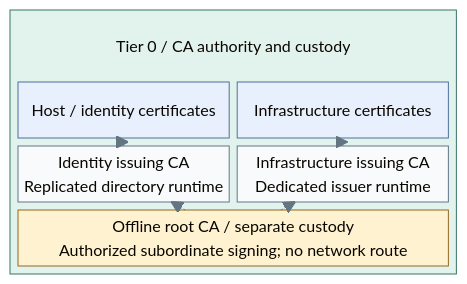
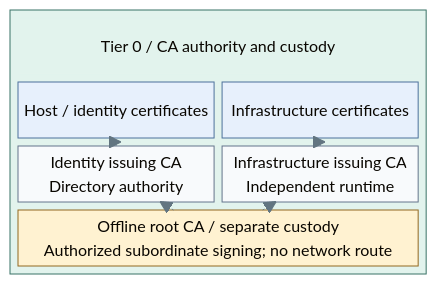
One commit to Rexus/homelab changed the first of 3 diagrams in docs/01-architecture/08-cryptography/01-certificate-authority.md. Above: the diagram before and after it, drawn with Mermaid. The commit also changed other lines of this file and 279 other files, not shown here.

````diff
--- a/docs/01-architecture/08-cryptography/01-certificate-authority.md
+++ b/docs/01-architecture/08-cryptography/01-certificate-authority.md
@@ -28,27 +14,27 @@
 ```mermaid
 %%{init: {"theme":"base","flowchart":{"nodeSpacing":20,"rankSpacing":24,"padding":12,"subGraphTitleMargin":{"top":4,"bottom":12}},"themeVariables":{"lineColor":"#627581","edgeLabelBackground":"#f8fafc"}}}%%
 block-beta
   columns 1
   block:T0
     columns 2
     T0Title["Tier 0 / CA authority and custody"]:2
     Hosts["Host / identity certificates"]
     Services["Infrastructure certificates"]
-    Identity["Identity issuing CA<br/>Replicated directory runtime"]
-    Infrastructure["Infrastructure issuing CA<br/>Dedicated issuer runtime"]
+    Identity["Identity issuing CA<br/>Directory authority"]
+    Infrastructure["Infrastructure issuing CA<br/>Independent runtime"]
     Root["Offline root CA / separate custody<br/>Authorized subordinate signing; no network route"]:2
   end
   Infrastructure --> Services
   Identity --> Hosts
   Root -.-> Infrastructure
   Root -.-> Identity
   classDef default fill:#f8fafc,stroke:#64748b,color:#1f2937
   classDef control fill:#e2f3ed,stroke:#397366,color:#173f36
   classDef controlHeading fill:#e2f3ed,stroke:#e2f3ed,color:#173f36
   classDef custody fill:#fff2d1,stroke:#926820,color:#584013
   classDef services fill:#e7f0fc,stroke:#4d719b,color:#203a5b
   class T0 control
   class T0Title controlHeading
   class Root custody
   class Services,Hosts services
 ```
````
